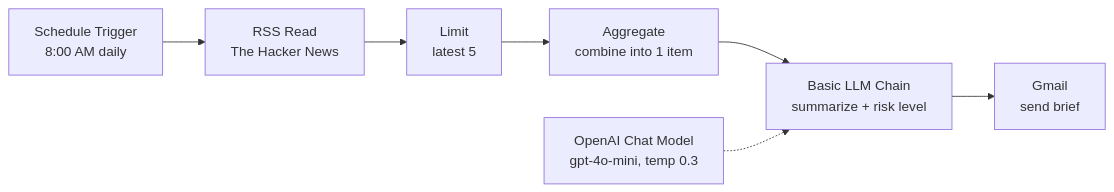
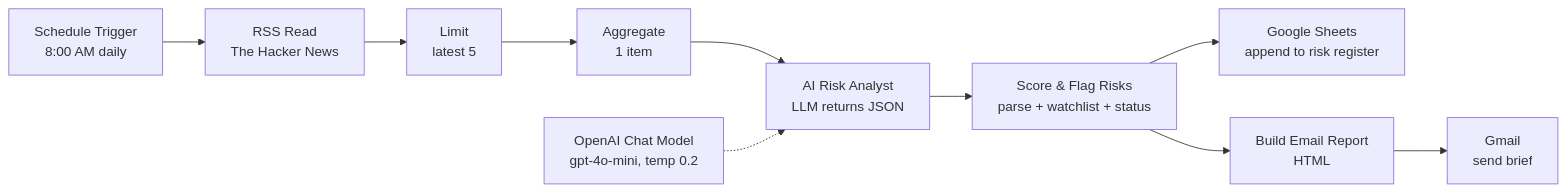
The diagram in README.md (hsa990/n8n-security-news-digest), drawn with Mermaid before and after one commit. The commit also changed other lines of this file and 4 other files, not shown here.

Commit message:
Add GRC v2: structured risk records, NCA ECC mapping, watchlist escalation, Sheets risk register, HTML brief

````diff
--- a/README.md
+++ b/README.md
@@ -11,9 +30,12 @@
 ```mermaid
 flowchart LR
     A[Schedule Trigger<br/>8:00 AM daily] --> B[RSS Read<br/>The Hacker News]
     B --> C[Limit<br/>latest 5]
-    C --> D[Aggregate<br/>combine into 1 item]
-    D --> E[Basic LLM Chain<br/>summarize + risk level]
-    M[OpenAI Chat Model<br/>gpt-4o-mini, temp 0.3] -.-> E
-    E --> F[Gmail<br/>send brief]
+    C --> D[Aggregate<br/>1 item]
+    D --> E[AI Risk Analyst<br/>LLM returns JSON]
+    M[OpenAI Chat Model<br/>gpt-4o-mini, temp 0.2] -.-> E
+    E --> F[Score & Flag Risks<br/>parse + watchlist + status]
+    F --> G[Google Sheets<br/>append to risk register]
+    F --> H[Build Email Report<br/>HTML]
+    H --> I[Gmail<br/>send brief]
 ```
````
